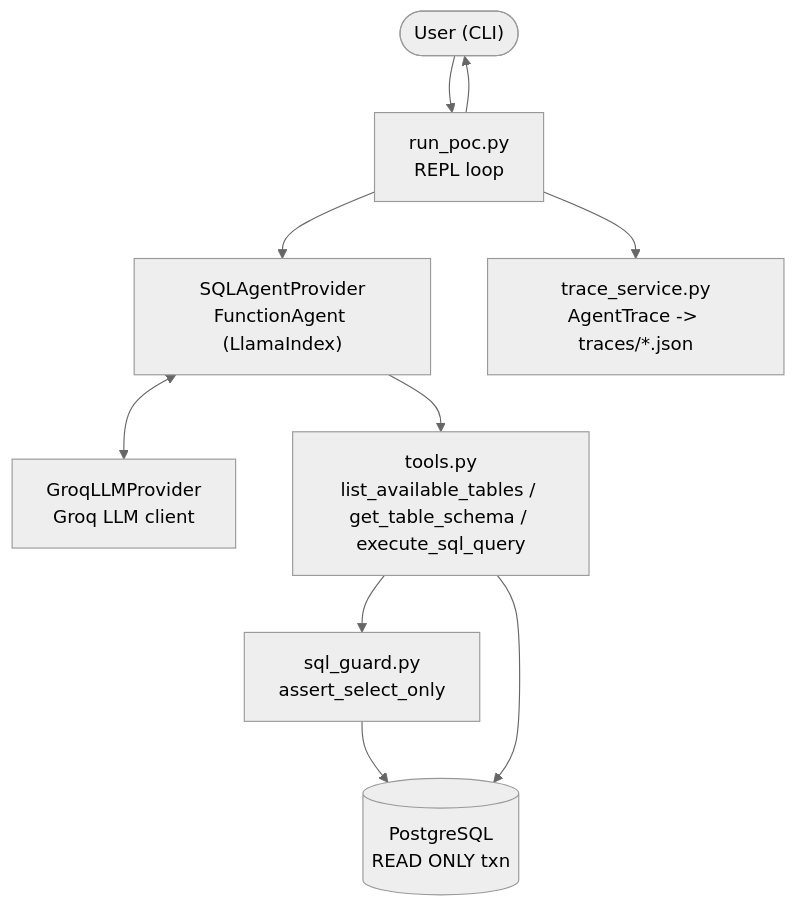
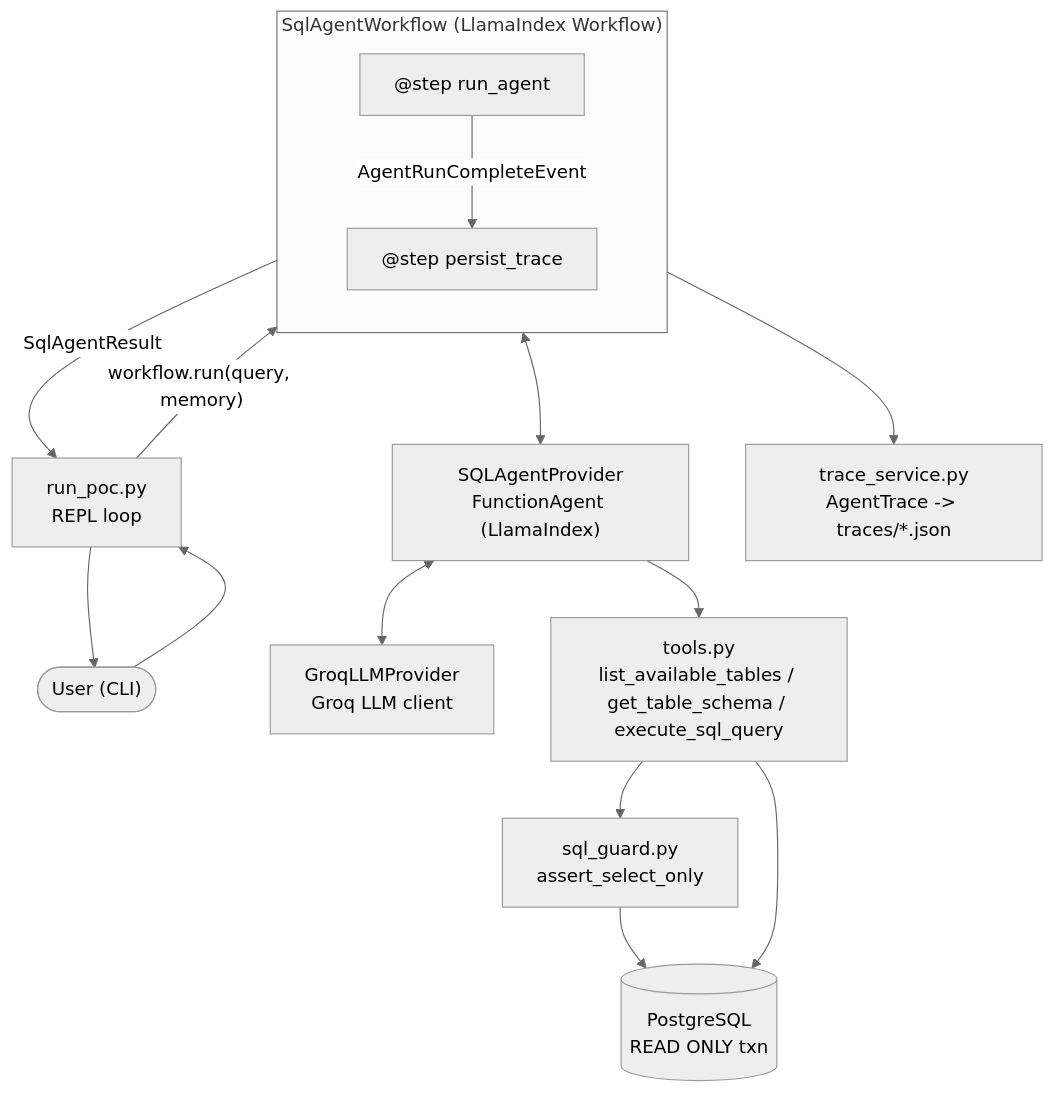
One commit to harshitmywork17/AI_Chatbot changed the first of 4 diagrams in IMPLEMENTATION.md. Above: the diagram before and after it, drawn with Mermaid (neutral theme). The commit also changed other lines of this file and 3 other files, not shown here.

````diff
--- a/IMPLEMENTATION.md
+++ b/IMPLEMENTATION.md
@@ -22,21 +33,31 @@
 ```mermaid
 flowchart TB
     User(["User (CLI)"])
     REPL["run_poc.py\nREPL loop"]
+
+    subgraph WF["SqlAgentWorkflow (LlamaIndex Workflow)"]
+        direction TB
+        RunStep["@step run_agent"]
+        PersistStep["@step persist_trace"]
+        RunStep -- "AgentRunCompleteEvent" --> PersistStep
+    end
+
     Agent["SQLAgentProvider\nFunctionAgent (LlamaIndex)"]
     LLM["GroqLLMProvider\nGroq LLM client"]
     Tools["tools.py\nlist_available_tables / get_table_schema / execute_sql_query"]
     Guard["sql_guard.py\nassert_select_only"]
     DB[("PostgreSQL\nREAD ONLY txn")]
     Trace["trace_service.py\nAgentTrace -> traces/*.json"]
 
     User --> REPL
-    REPL --> Agent
+    REPL -- "workflow.run(query, memory)" --> RunStep
+    RunStep <--> Agent
     Agent <--> LLM
     Agent --> Tools
     Tools --> Guard
     Guard --> DB
     Tools --> DB
-    REPL --> Trace
+    PersistStep --> Trace
+    PersistStep -- "SqlAgentResult" --> REPL
     REPL --> User
 ```
````
